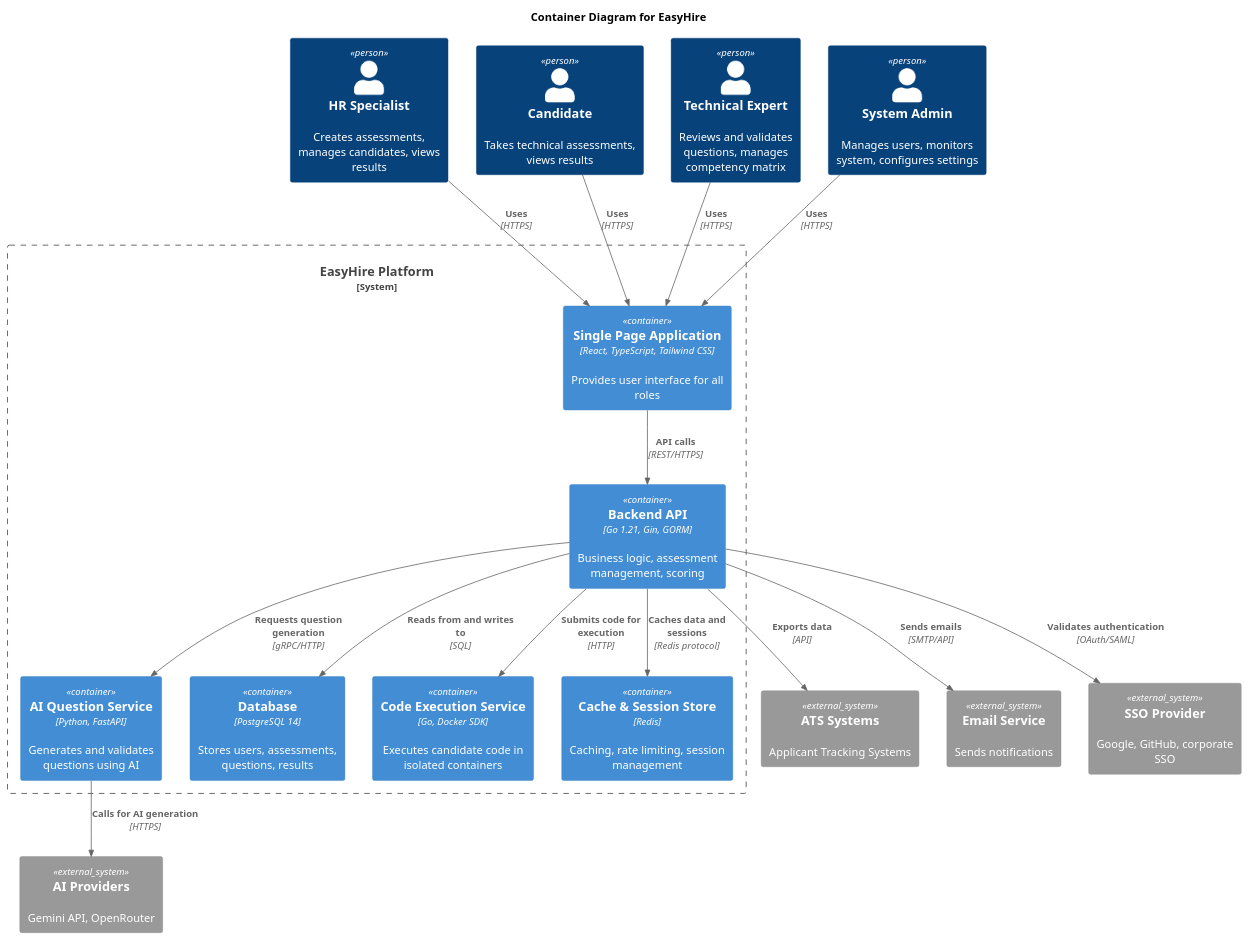
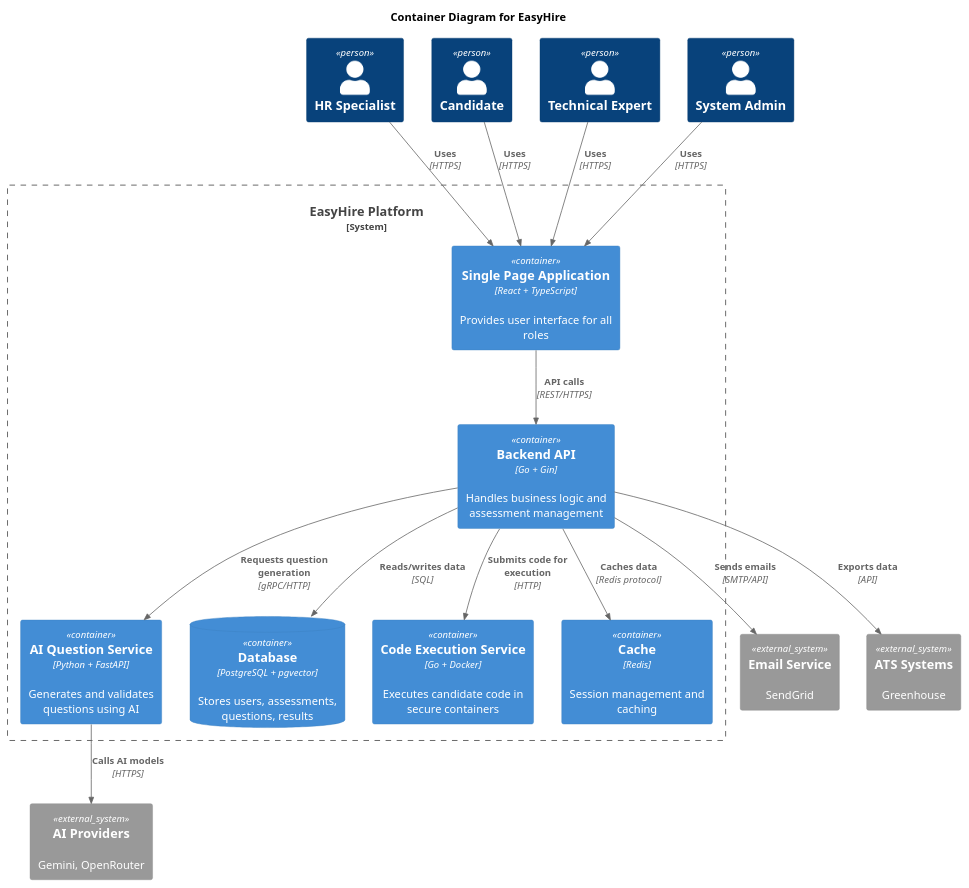
One commit to dmsus/easyHire changed the diagram in docs/architecture/diagrams/level2-containers.puml. Above: the diagram before and after it, drawn with PlantUML. The commit also changed 15 other files, not shown here.

First line of the commit message:
feat: complete Task #4 - C4 system architecture diagrams

```diff
--- a/docs/architecture/diagrams/level2-containers.puml
+++ b/docs/architecture/diagrams/level2-containers.puml
@@ -1,40 +1,44 @@
-@startuml Level2_Containers
+@startuml
 !include https://raw.githubusercontent.com/plantuml-stdlib/C4-PlantUML/master/C4_Container.puml
 
 title Container Diagram for EasyHire
 
-Person(hr, "HR Specialist", "Creates assessments, manages candidates, views results")
-Person(candidate, "Candidate", "Takes technical assessments, views results")
-Person(tech_expert, "Technical Expert", "Reviews and validates questions, manages competency matrix")
-Person(admin, "System Admin", "Manages users, monitors system, configures settings")
+Person(hr, "HR Specialist")
+Person(candidate, "Candidate")
+Person(tech_expert, "Technical Expert")
+Person(admin, "System Admin")
 
 System_Boundary(easyhire, "EasyHire Platform") {
-    Container(spa, "Single Page Application", "React, TypeScript, Tailwind CSS", "Provides user interface for all roles")
-    Container(backend, "Backend API", "Go 1.21, Gin, GORM", "Business logic, assessment management, scoring")
-    Container(ai_service, "AI Question Service", "Python, FastAPI", "Generates and validates questions using AI")
-    Container(db, "Database", "PostgreSQL 14", "Stores users, assessments, questions, results")
-    Container(code_executor, "Code Execution Service", "Go, Docker SDK", "Executes candidate code in isolated containers")
-    Container(redis, "Cache & Session Store", "Redis", "Caching, rate limiting, session management")
+    Container(spa, "Single Page Application", "React + TypeScript", "Provides user interface for all roles")
+    
+    Container(backend, "Backend API", "Go + Gin", "Handles business logic and assessment management")
+    
+    Container(ai_service, "AI Question Service", "Python + FastAPI", "Generates and validates questions using AI")
+    
+    ContainerDb(db, "Database", "PostgreSQL + pgvector", "Stores users, assessments, questions, results")
+    
+    Container(code_executor, "Code Execution Service", "Go + Docker", "Executes candidate code in secure containers")
+    
+    Container(redis, "Cache", "Redis", "Session management and caching")
 }
 
-System_Ext(ats, "ATS Systems", "Applicant Tracking Systems")
-System_Ext(email, "Email Service", "Sends notifications")
-System_Ext(ai_providers, "AI Providers", "Gemini API, OpenRouter")
-System_Ext(sso, "SSO Provider", "Google, GitHub, corporate SSO")
+System_Ext(ai_providers, "AI Providers", "Gemini, OpenRouter")
+System_Ext(email, "Email Service", "SendGrid")
+System_Ext(ats, "ATS Systems", "Greenhouse")
 
 Rel(hr, spa, "Uses", "HTTPS")
 Rel(candidate, spa, "Uses", "HTTPS")
 Rel(tech_expert, spa, "Uses", "HTTPS")
 Rel(admin, spa, "Uses", "HTTPS")
 
 Rel(spa, backend, "API calls", "REST/HTTPS")
-Rel(backend, db, "Reads from and writes to", "SQL")
+Rel(backend, db, "Reads/writes data", "SQL")
 Rel(backend, ai_service, "Requests question generation", "gRPC/HTTP")
 Rel(backend, code_executor, "Submits code for execution", "HTTP")
-Rel(backend, redis, "Caches data and sessions", "Redis protocol")
-Rel(ai_service, ai_providers, "Calls for AI generation", "HTTPS")
+Rel(backend, redis, "Caches data", "Redis protocol")
+
+Rel(ai_service, ai_providers, "Calls AI models", "HTTPS")
 Rel(backend, email, "Sends emails", "SMTP/API")
 Rel(backend, ats, "Exports data", "API")
-Rel(backend, sso, "Validates authentication", "OAuth/SAML")
 
 @enduml
```
